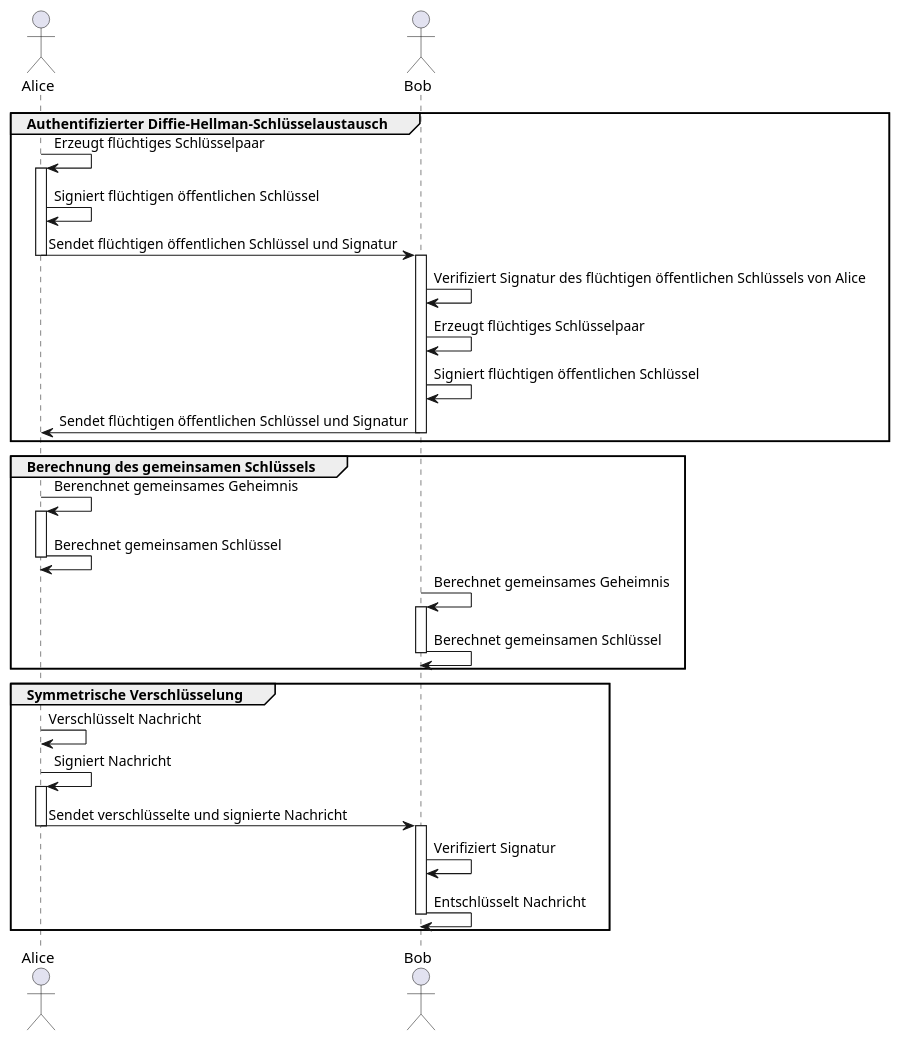
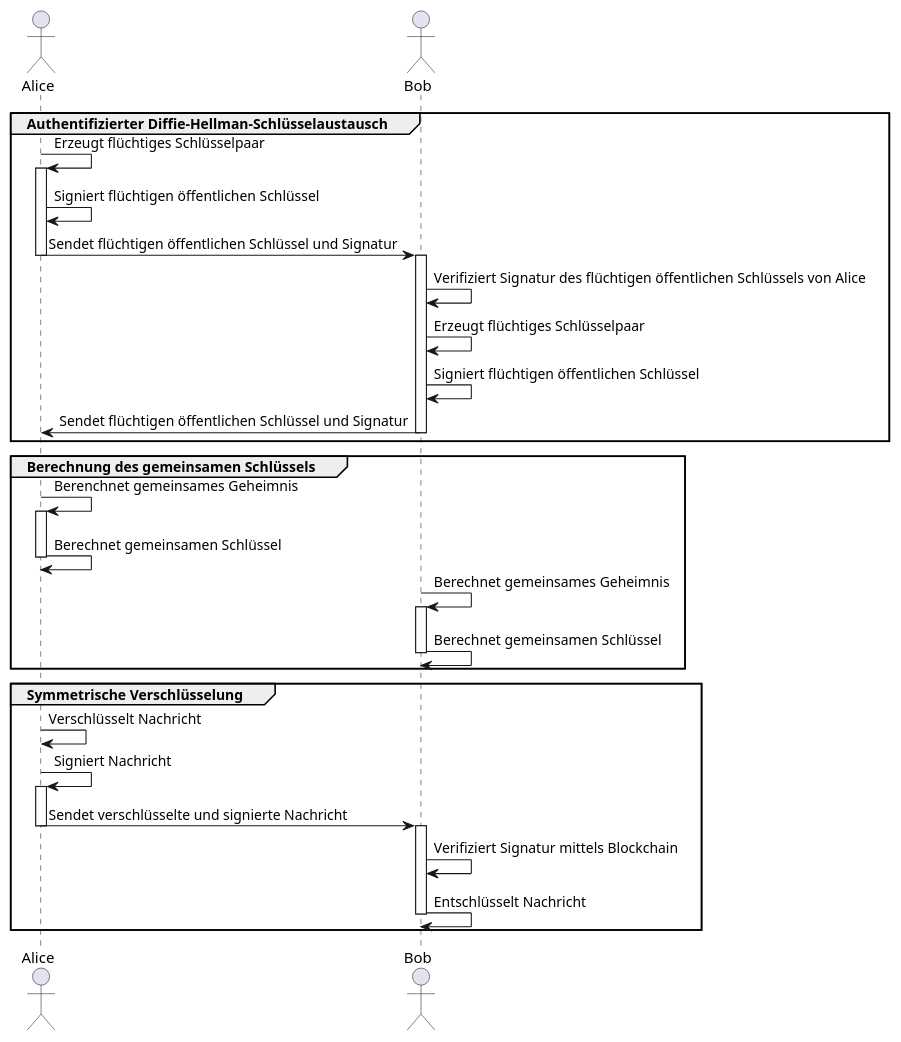
Before and after one commit to NicoleSauer/BachelorsThesis: the diagram in puml/sec.puml, drawn with PlantUML. The commit also changed 6 other files, not shown here.

```diff
--- a/puml/sec.puml
+++ b/puml/sec.puml
@@ -1,49 +1,49 @@
 @startuml
 actor Alice
 actor Bob
 
 group Authentifizierter Diffie-Hellman-Schlüsselaustausch
     
     Alice -> Alice: Erzeugt flüchtiges Schlüsselpaar
     activate Alice
     Alice -> Alice: Signiert flüchtigen öffentlichen Schlüssel
     Alice -> Bob: Sendet flüchtigen öffentlichen Schlüssel und Signatur
     deactivate Alice
 
     activate Bob
     Bob -> Bob: Verifiziert Signatur des flüchtigen öffentlichen Schlüssels von Alice
     Bob -> Bob: Erzeugt flüchtiges Schlüsselpaar
     Bob -> Bob: Signiert flüchtigen öffentlichen Schlüssel
     Bob -> Alice: Sendet flüchtigen öffentlichen Schlüssel und Signatur
     deactivate Bob
 end
 
 group Berechnung des gemeinsamen Schlüssels
     
     Alice -> Alice: Berenchnet gemeinsames Geheimnis
     activate Alice
     Alice -> Alice: Berechnet gemeinsamen Schlüssel
     deactivate Alice
 
     
     Bob -> Bob: Berechnet gemeinsames Geheimnis
     activate Bob
     Bob -> Bob: Berechnet gemeinsamen Schlüssel
     deactivate Bob
 end
 
 group Symmetrische Verschlüsselung
     
     Alice -> Alice: Verschlüsselt Nachricht
     Alice -> Alice: Signiert Nachricht
     activate Alice
     Alice -> Bob: Sendet verschlüsselte und signierte Nachricht
     deactivate Alice
 
     activate Bob
-    Bob -> Bob: Verifiziert Signatur
+    Bob -> Bob: Verifiziert Signatur mittels Blockchain
     Bob -> Bob: Entschlüsselt Nachricht
     deactivate Bob
 end
 
 @enduml
```
